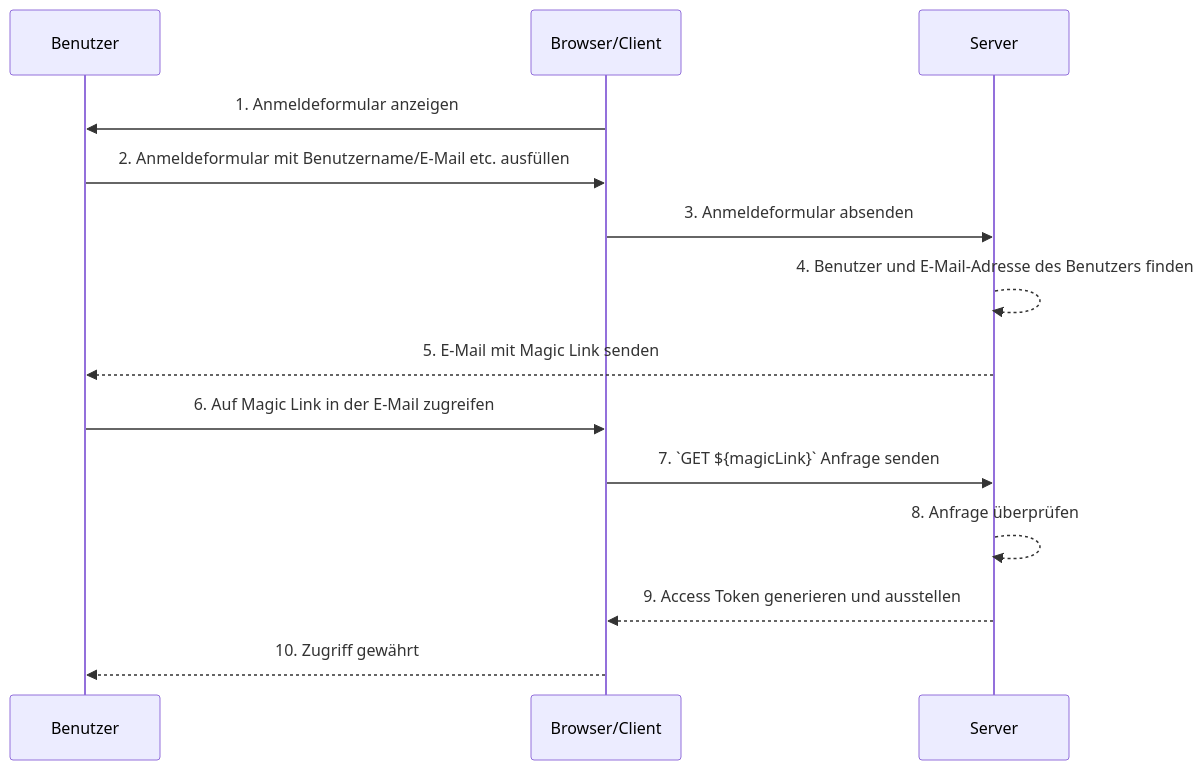
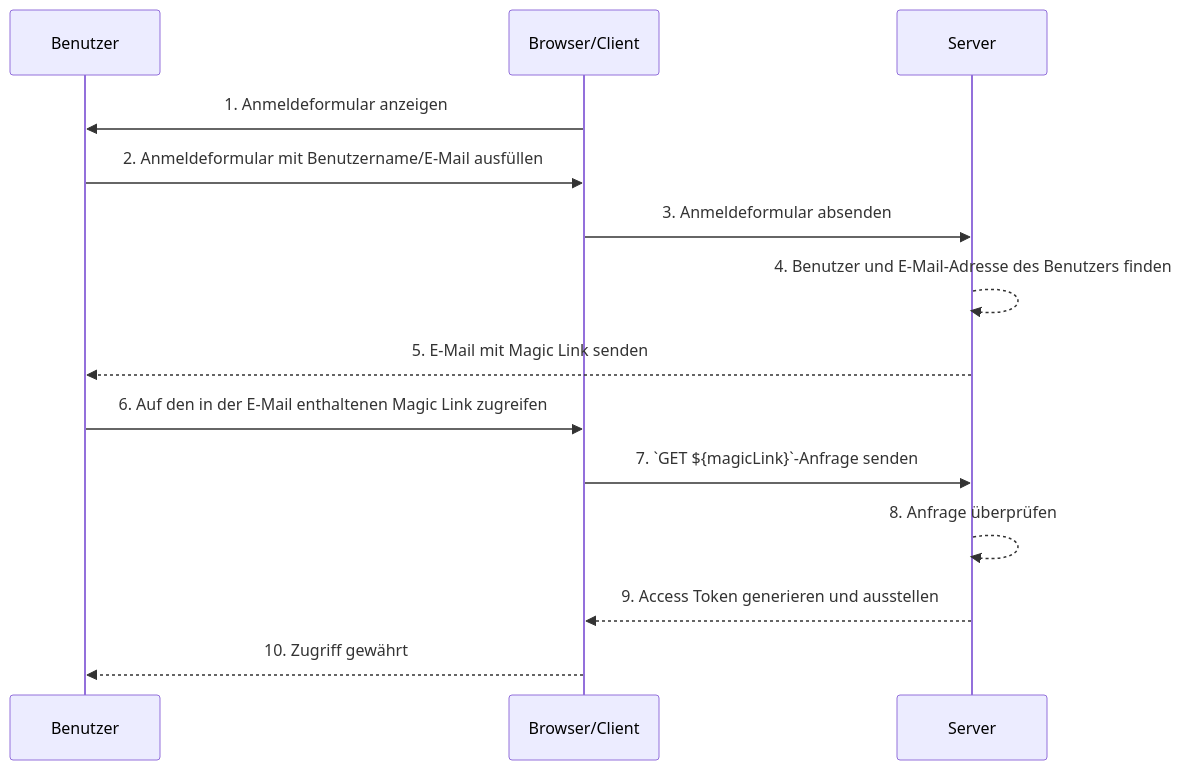
The diagram in src/content/terms/de/magic-link.mdx (logto-io/auth-wiki), drawn with Mermaid before and after one commit. The commit also changed other lines of this file and 98 other files, not shown here.

````diff
--- a/src/content/terms/de/magic-link.mdx
+++ b/src/content/terms/de/magic-link.mdx
@@ -31,16 +31,16 @@
 ```mermaid
 sequenceDiagram
     participant U as Benutzer
     participant B as Browser/Client
     participant S as Server
     B->>U: 1. Anmeldeformular anzeigen
-    U->>B: 2. Anmeldeformular mit Benutzername/E-Mail etc. ausfüllen
+    U->>B: 2. Anmeldeformular mit Benutzername/E-Mail ausfüllen
     B->>S: 3. Anmeldeformular absenden
     S-->>S: 4. Benutzer und E-Mail-Adresse des Benutzers finden
     S-->>U: 5. E-Mail mit Magic Link senden
-    U->>B: 6. Auf Magic Link in der E-Mail zugreifen
-    B->>S: 7. `GET ${magicLink}` Anfrage senden
+    U->>B: 6. Auf den in der E-Mail enthaltenen Magic Link zugreifen
+    B->>S: 7. `GET ${magicLink}`-Anfrage senden
     S-->>S: 8. Anfrage überprüfen
     S-->>B: 9. Access Token generieren und ausstellen
     B-->>U: 10. Zugriff gewährt
 ```
````
